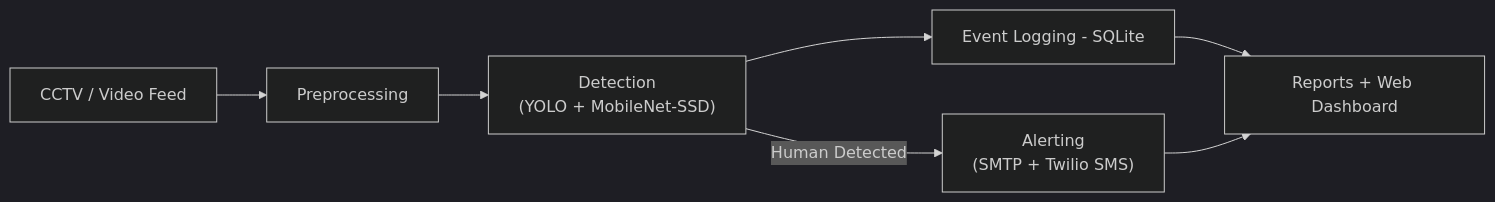
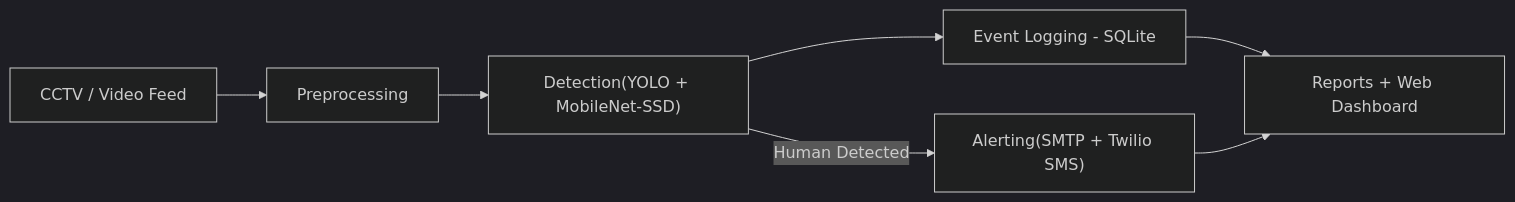
One commit to Deepak-kumar-4/Human-Presence-Detection changed the diagram in README.md. Above: the diagram before and after it, drawn with Mermaid (dark theme). The commit also changed other lines of this file, not shown here.

First line of the commit message:
Revise README with flowchart and project structure updates

````diff
--- a/README.md
+++ b/README.md
@@ -52,9 +52,9 @@
 ```mermaid
 flowchart LR
     A[CCTV / Video Feed] --> B[Preprocessing]
-    B --> C["Detection<br/>(YOLO + MobileNet-SSD)"]
-    C -->|Human Detected| D["Alerting<br/>(SMTP + Twilio SMS)"]
+    B --> C["Detection(YOLO + MobileNet-SSD)"]
+    C -->|Human Detected| D["Alerting(SMTP + Twilio SMS)"]
     C --> E[Event Logging - SQLite]
     E --> F[Reports + Web Dashboard]
     D --> F
 ```
````
